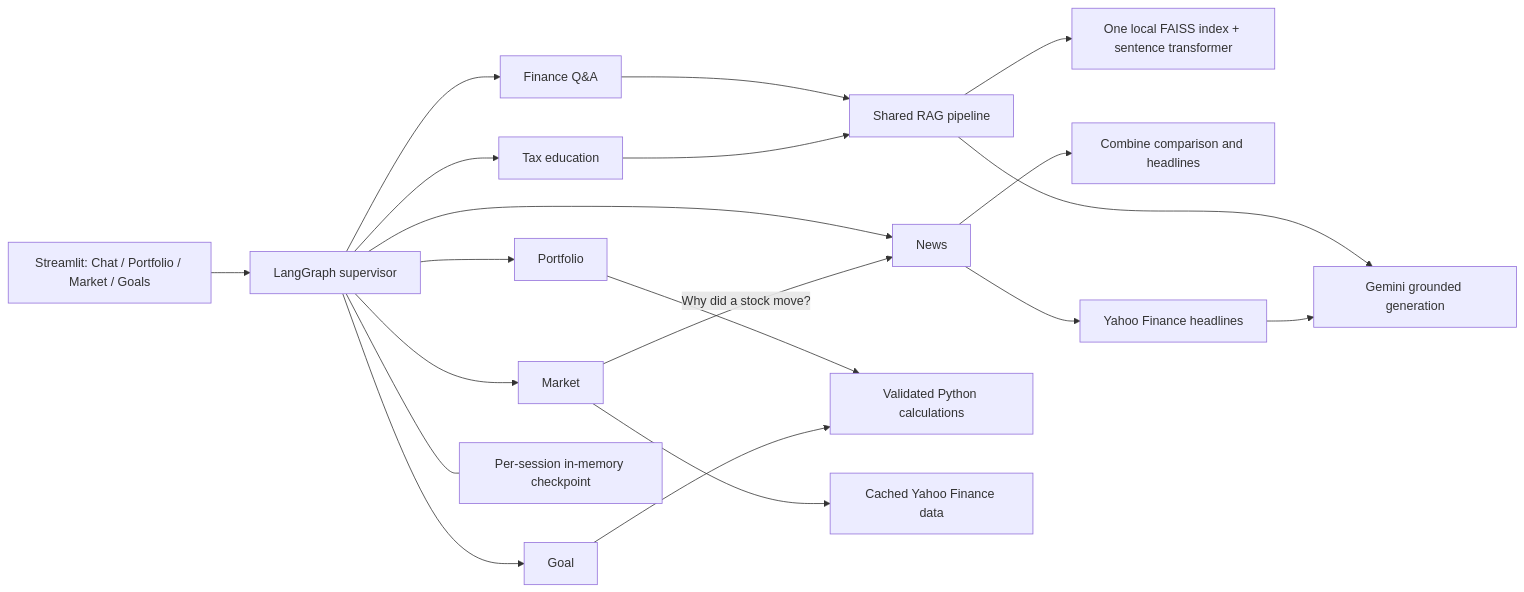
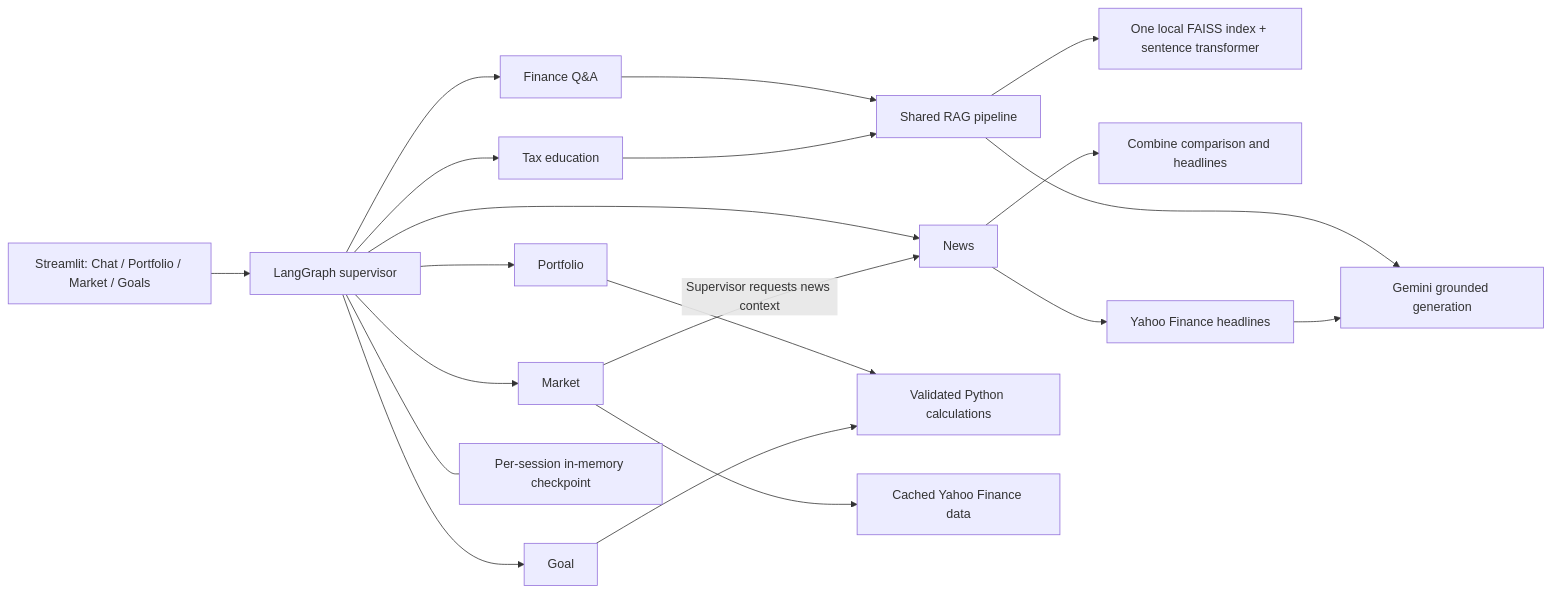
One commit to maomaotuo/Finnie changed the diagram in README.md. Above: the diagram before and after it, drawn with Mermaid. The commit also changed other lines of this file and 5 other files, not shown here.

Commit message:
Plan market news handoffs by intent and document Whisper secrets

````diff
--- a/README.md
+++ b/README.md
@@ -65,22 +65,22 @@
 ```mermaid
 flowchart LR
     UI[Streamlit: Chat / Portfolio / Market / Goals] --> Router[LangGraph supervisor]
     Router --> QA[Finance Q&A]
     Router --> Portfolio[Portfolio]
     Router --> Market[Market]
     Router --> Goal[Goal]
     Router --> News[News]
     Router --> Tax[Tax education]
     QA --> RAG[Shared RAG pipeline]
     Tax --> RAG
     RAG --> Index[One local FAISS index + sentence transformer]
     Portfolio --> Calc[Validated Python calculations]
     Goal --> Calc
     Market --> Yahoo[Cached Yahoo Finance data]
-    Market -->|Why did a stock move?| News
+    Market -->|Supervisor requests news context| News
     News --> Combine[Combine comparison and headlines]
     News --> Headlines[Yahoo Finance headlines]
     RAG --> LLM[Gemini grounded generation]
     Headlines --> LLM
     Router --- Memory[Per-session in-memory checkpoint]
 ```
````
